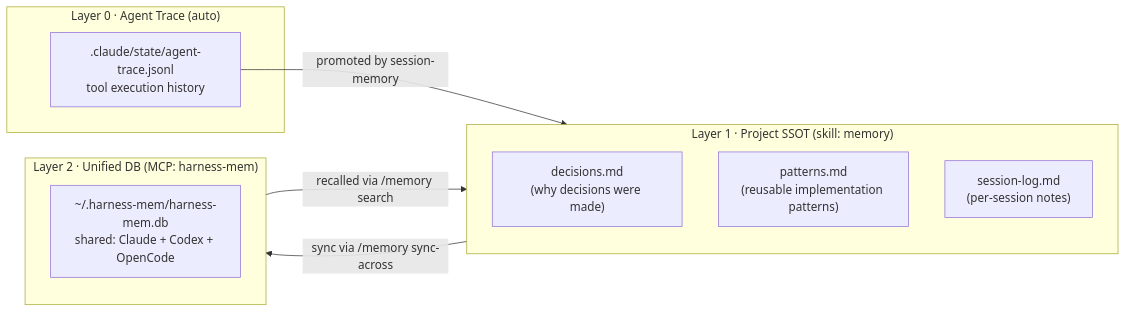
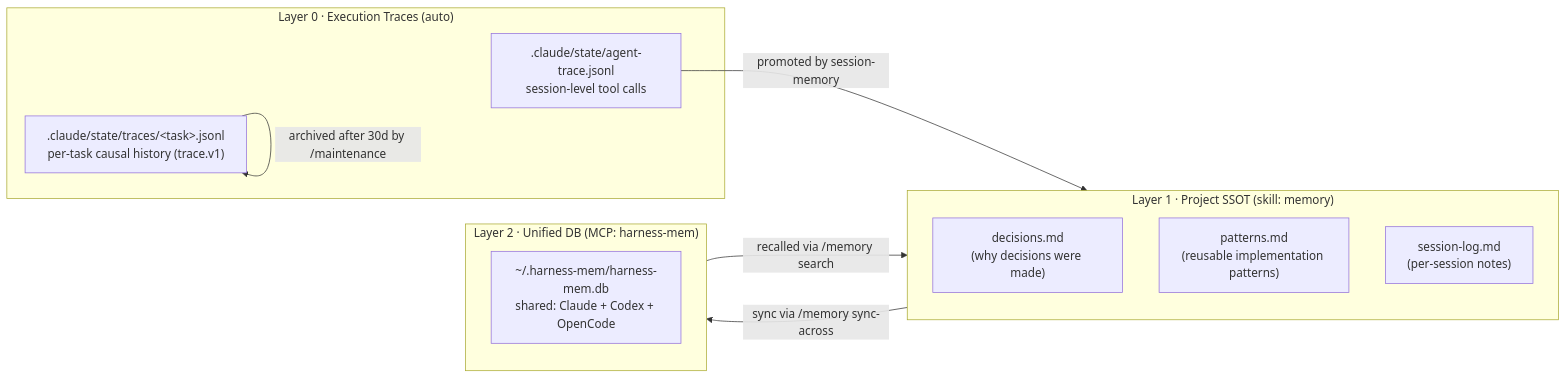
One commit to tim-hub/powerball-harness changed the fourth of 4 diagrams in harness/README.md. Above: the diagram before and after it, drawn with Mermaid. The commit also changed other lines of this file and 2 other files, not shown here.

Commit message:
docs(traces): document Phase 72 in README, patterns.md P10, CHANGELOG (72.5)
- harness/README.md: extend the Layer 0 subgraph to show both agent-trace
  (session-level) and traces/<task>.jsonl (task-level) streams; add prose
  pointing to trace.v1 schema
- .claude/memory/patterns.md: new P10 "Per-task execution trace as
  causal-history layer" — Problem/Solution/When/NotWhen/Notes/Related
  following the P9 template
- CHANGELOG.md: new [Unreleased] section with three Before/After entries
  covering schema+writer, PostToolUse wiring, and archive policy

Closes Phase 72.

````diff
--- a/harness/README.md
+++ b/harness/README.md
@@ -199,18 +199,20 @@
 ```mermaid
 flowchart LR
-    subgraph L0["Layer 0 · Agent Trace (auto)"]
-        AT[".claude/state/agent-trace.jsonl\ntool execution history"]
+    subgraph L0["Layer 0 · Execution Traces (auto)"]
+        AT[".claude/state/agent-trace.jsonl\nsession-level tool calls"]
+        TT[".claude/state/traces/&lt;task&gt;.jsonl\nper-task causal history (trace.v1)"]
     end
     subgraph L1["Layer 1 · Project SSOT (skill: memory)"]
         DEC2["decisions.md\n(why decisions were made)"]
         PAT["patterns.md\n(reusable implementation patterns)"]
         SL["session-log.md\n(per-session notes)"]
     end
     subgraph L2["Layer 2 · Unified DB (MCP: harness-mem)"]
         DB["~/.harness-mem/harness-mem.db\nshared: Claude + Codex + OpenCode"]
     end
 
     AT -->|promoted by session-memory| L1
+    TT -->|archived after 30d by /maintenance| TT
     L1 -->|sync via /memory sync-across| L2
     L2 -->|recalled via /memory search| L1
 ```
````
